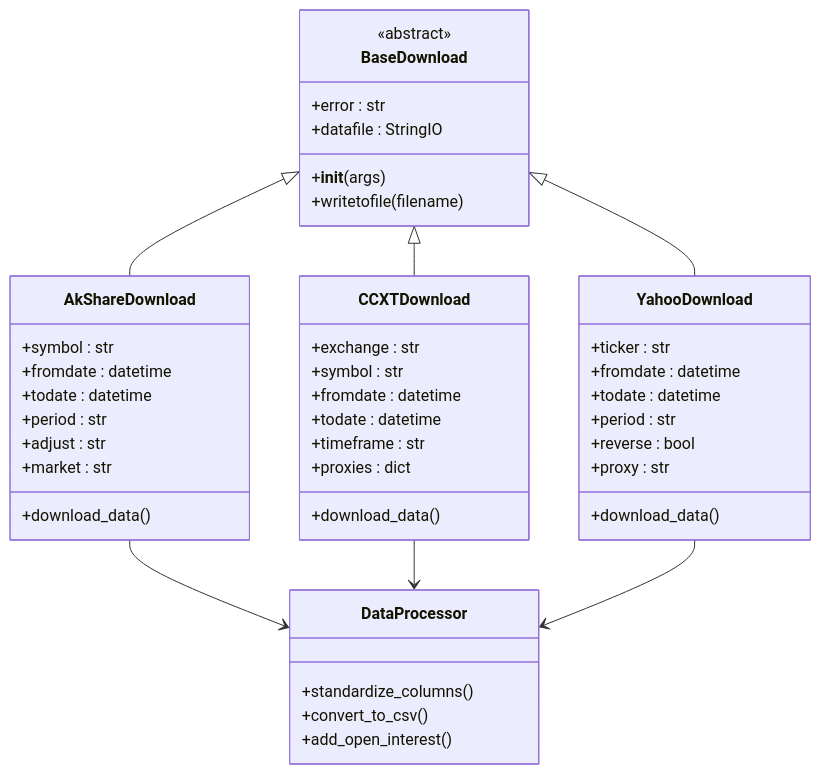
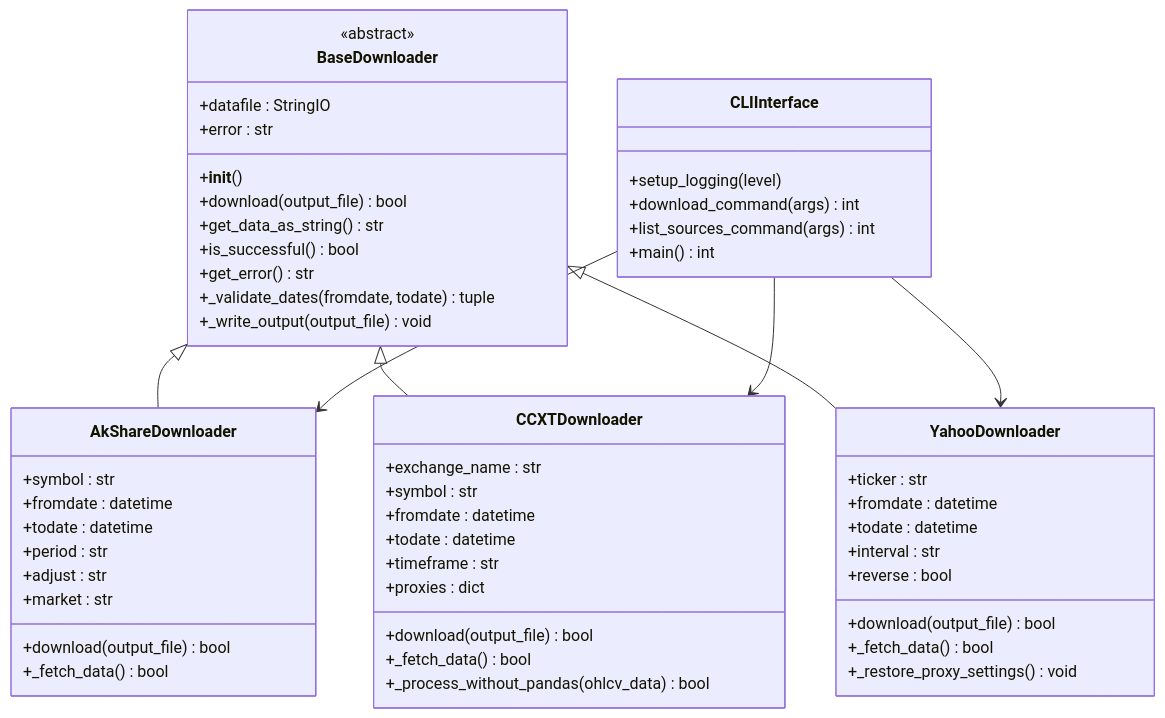
Before and after one commit to bench-prog/backtrader: the second of 7 diagrams in .qoder/repowiki/zh/content/Download Tool.md, drawn with Mermaid. The commit also changed other lines of this file and 23 other files, not shown here.

````diff
--- a/.qoder/repowiki/zh/content/Download Tool.md
+++ b/.qoder/repowiki/zh/content/Download Tool.md
@@ -117,48 +146,58 @@
 ```mermaid
 classDiagram
-class BaseDownload {
+class BaseDownloader {
 <<abstract>>
++datafile : StringIO
 +error : str
-+datafile : StringIO
-+__init__(args)
-+writetofile(filename)
++__init__()
++download(output_file) bool
++get_data_as_string() str
++is_successful() bool
++get_error() str
++_validate_dates(fromdate, todate) tuple
++_write_output(output_file) void
 }
-class AkShareDownload {
+class AkShareDownloader {
 +symbol : str
 +fromdate : datetime
 +todate : datetime
 +period : str
 +adjust : str
 +market : str
-+download_data()
++download(output_file) bool
++_fetch_data() bool
 }
-class CCXTDownload {
-+exchange : str
+class CCXTDownloader {
++exchange_name : str
 +symbol : str
 +fromdate : datetime
 +todate : datetime
 +timeframe : str
 +proxies : dict
-+download_data()
++download(output_file) bool
++_fetch_data() bool
++_process_without_pandas(ohlcv_data) bool
 }
-class YahooDownload {
+class YahooDownloader {
 +ticker : str
 +fromdate : datetime
 +todate : datetime
-+period : str
++interval : str
 +reverse : bool
-+proxy : str
-+download_data()
++download(output_file) bool
++_fetch_data() bool
++_restore_proxy_settings() void
 }
-BaseDownload <|-- AkShareDownload
-BaseDownload <|-- CCXTDownload
-BaseDownload <|-- YahooDownload
-class DataProcessor {
-+standardize_columns()
-+convert_to_csv()
-+add_open_interest()
+BaseDownloader <|-- AkShareDownloader
+BaseDownloader <|-- CCXTDownloader
+BaseDownloader <|-- YahooDownloader
+class CLIInterface {
++setup_logging(level)
++download_command(args) int
++list_sources_command(args) int
++main() int
 }
-AkShareDownload --> DataProcessor
-CCXTDownload --> DataProcessor
-YahooDownload --> DataProcessor
+CLIInterface --> AkShareDownloader
+CLIInterface --> CCXTDownloader
+CLIInterface --> YahooDownloader
 ```
````
